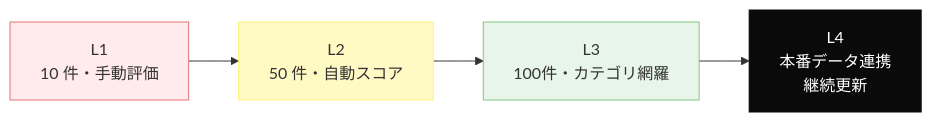
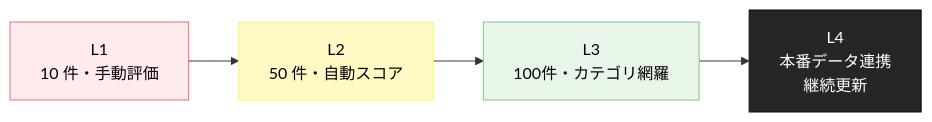
The third of 3 diagrams in docs/patterns/評価セット設計の-6-つのアンチパターン.md (dinekt/dinekt-wiki), drawn with Mermaid before and after one commit. The commit also changed other lines of this file and 71 other files, not shown here.

First line of the commit message:
fix: mermaid readability + remove GitHub repo toolbar

````diff
--- a/docs/patterns/評価セット設計の-6-つのアンチパターン.md
+++ b/docs/patterns/評価セット設計の-6-つのアンチパターン.md
@@ -92,11 +92,11 @@
 ```mermaid
 flowchart LR
     L1[L1<br/>10 件・手動評価] --> L2[L2<br/>50 件・自動スコア]
     L2 --> L3[L3<br/>100件・カテゴリ網羅]
     L3 --> L4[L4<br/>本番データ連携<br/>継続更新]
 
-    style L1 fill:#ffebee,stroke:#e57373
-    style L2 fill:#fff9c4,stroke:#fff176
-    style L3 fill:#e8f5e9,stroke:#81c784
-    style L4 fill:#0a0a0a,color:#fff,stroke:#0a0a0a
+    style L1 fill:#ffebee,stroke:#e57373,color:#000
+    style L2 fill:#fff9c4,stroke:#fff176,color:#000
+    style L3 fill:#e8f5e9,stroke:#81c784,color:#000
+    style L4 fill:#262626,color:#fff,stroke:#0a0a0a
 ```
````
